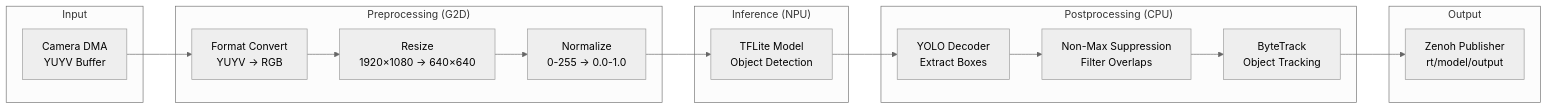
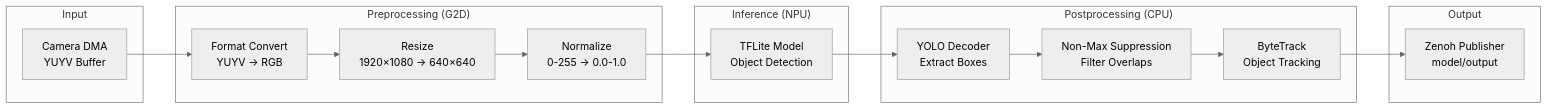
The second of 3 diagrams in README.md (EdgeFirstAI/model), drawn with Mermaid (neutral theme) before and after one commit. The commit also changed other lines of this file and 7 other files, not shown here.

````diff
--- a/README.md
+++ b/README.md
@@ -237,35 +240,35 @@
 ```mermaid
 graph LR
     subgraph "Input"
         DMA["Camera DMA<br/>YUYV Buffer"]
     end
 
     subgraph "Preprocessing (G2D)"
         Convert["Format Convert<br/>YUYV → RGB"]
         Scale["Resize<br/>1920×1080 → 640×640"]
         Normalize["Normalize<br/>0-255 → 0.0-1.0"]
     end
 
     subgraph "Inference (NPU)"
         Model["TFLite Model<br/>Object Detection"]
     end
 
     subgraph "Postprocessing (CPU)"
         Decode["YOLO Decoder<br/>Extract Boxes"]
         NMS["Non-Max Suppression<br/>Filter Overlaps"]
         Track["ByteTrack<br/>Object Tracking"]
     end
 
     subgraph "Output"
-        Pub["Zenoh Publisher<br/>rt/model/output"]
+        Pub["Zenoh Publisher<br/>model/output"]
     end
 
     DMA --> Convert
     Convert --> Scale
     Scale --> Normalize
     Normalize --> Model
     Model --> Decode
     Decode --> NMS
     NMS --> Track
     Track --> Pub
 ```
````
